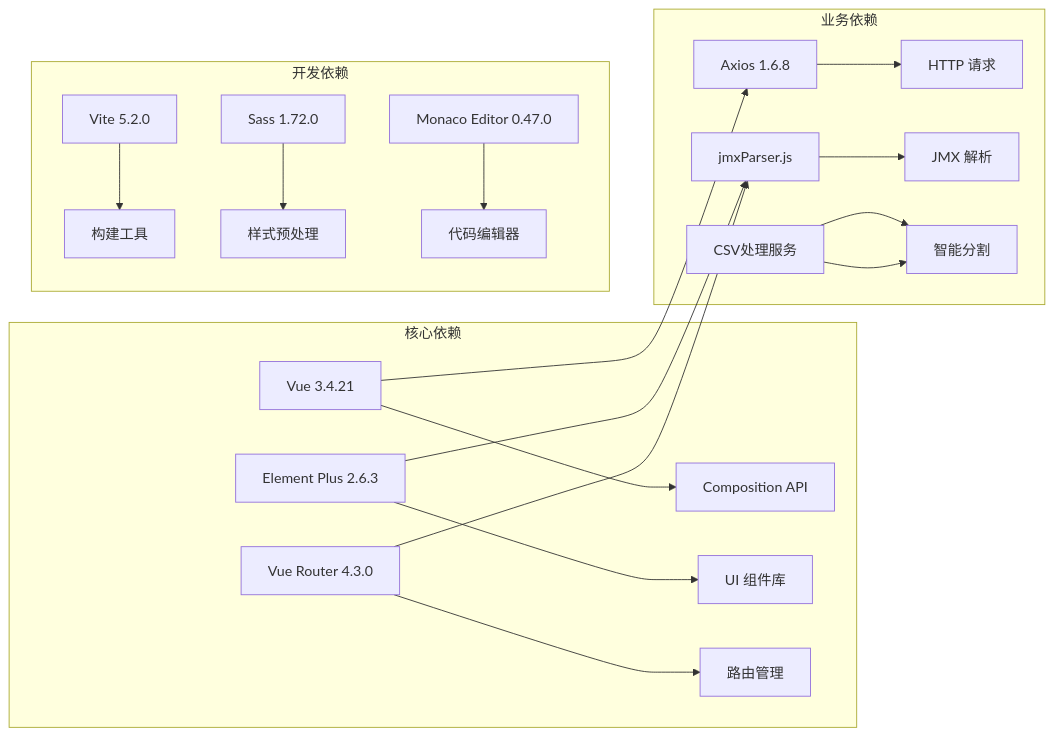
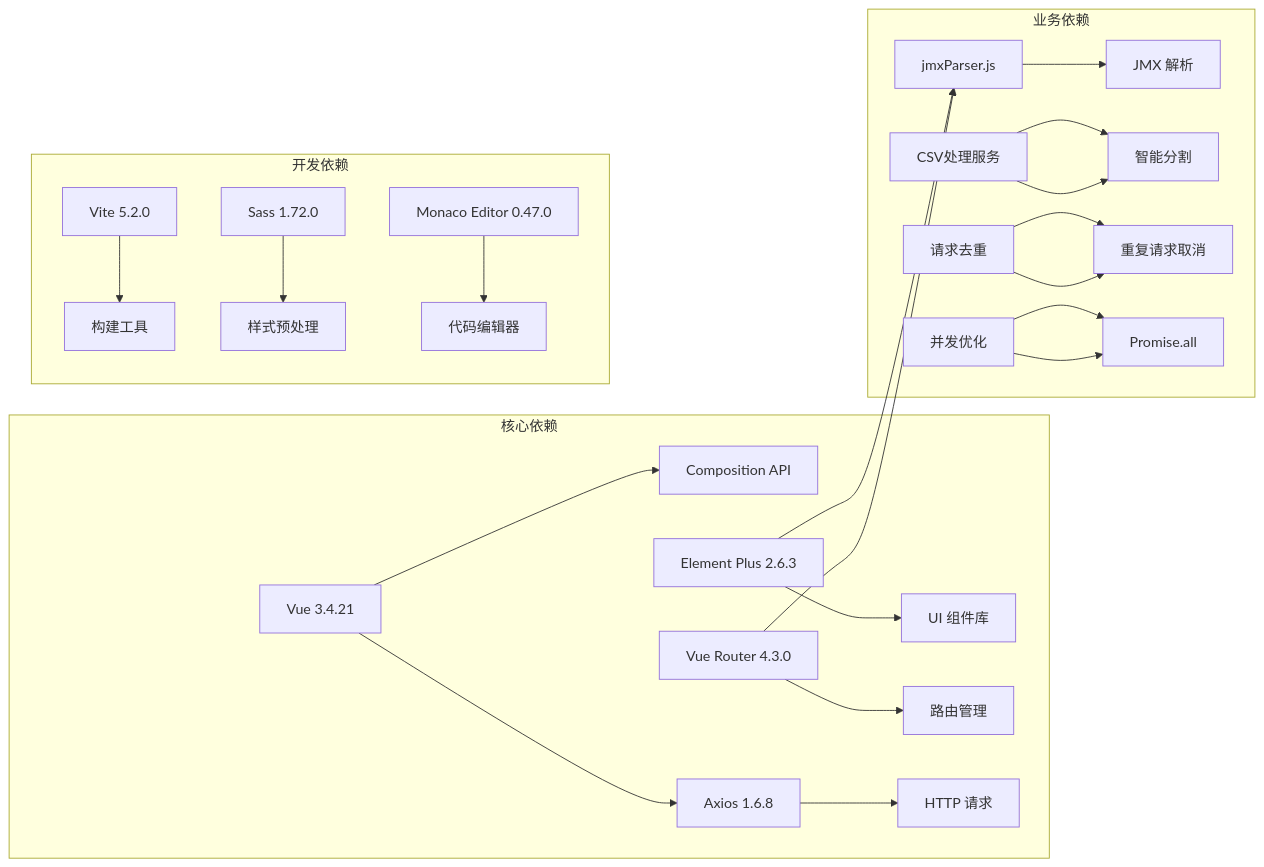
Diagram 13 of 13 in .qoder/repowiki/zh/content/前端组件详解/前端组件详解.md (Liyuhao02/Jmeter-Admin), drawn with Mermaid before and after one commit. The commit also changed other lines of this file and 6 other files, not shown here.

````diff
--- a/.qoder/repowiki/zh/content/前端组件详解/前端组件详解.md
+++ b/.qoder/repowiki/zh/content/前端组件详解/前端组件详解.md
@@ -523,22 +752,26 @@
 ```mermaid
 graph LR
 subgraph "核心依赖"
 A[Vue 3.4.21] --> B[Composition API]
 C[Element Plus 2.6.3] --> D[UI 组件库]
 E[Vue Router 4.3.0] --> F[路由管理]
+G[Axios 1.6.8] --> H[HTTP 请求]
 end
 subgraph "开发依赖"
-G[Vite 5.2.0] --> H[构建工具]
-I[Sass 1.72.0] --> J[样式预处理]
-K[Monaco Editor 0.47.0] --> L[代码编辑器]
+I[Vite 5.2.0] --> J[构建工具]
+K[Sass 1.72.0] --> L[样式预处理]
+M[Monaco Editor 0.47.0] --> N[代码编辑器]
 end
 subgraph "业务依赖"
-M[Axios 1.6.8] --> N[HTTP 请求]
 O[jmxParser.js] --> P[JMX 解析]
 Q[CSV处理服务] --> R[智能分割]
+S[请求去重] --> T[重复请求取消]
+U[并发优化] --> V[Promise.all]
 end
-A --> M
+A --> G
 C --> O
 E --> O
 Q --> R
+S --> T
+U --> V
 ```
````
